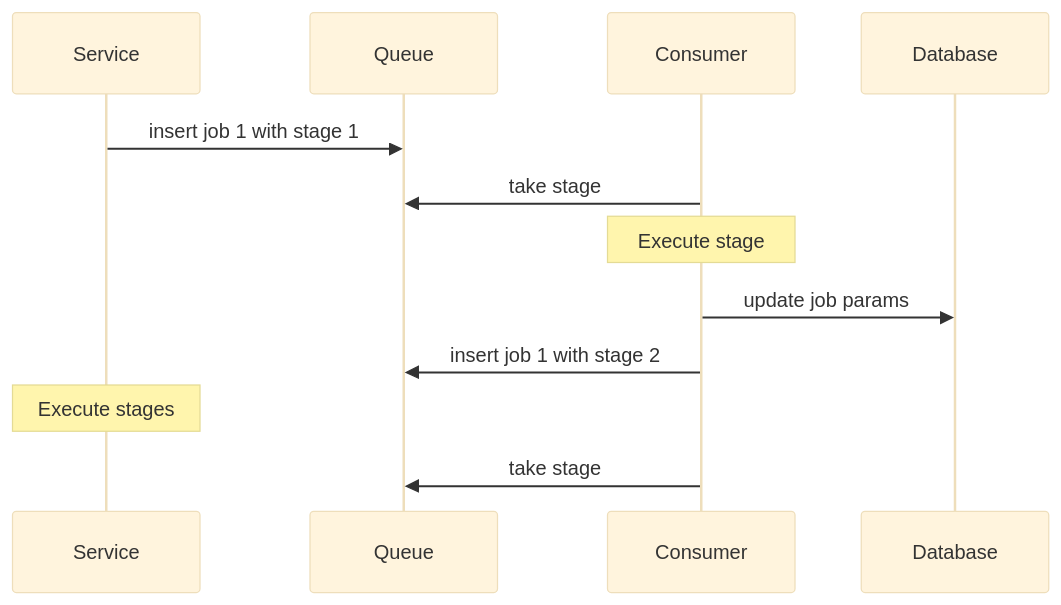
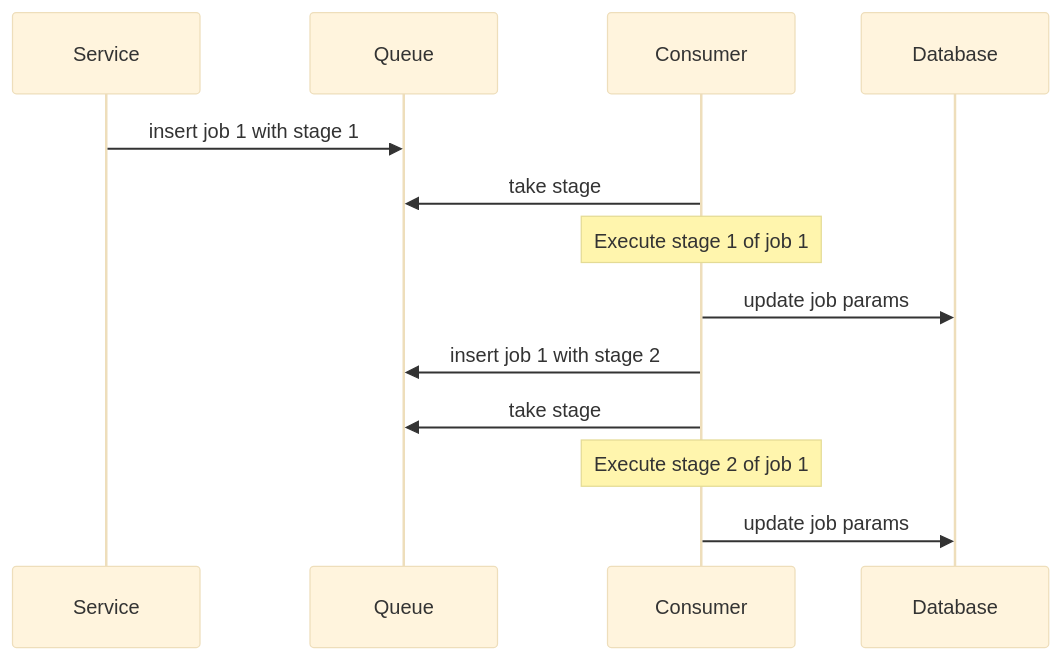
Before and after one commit to Jwostik/FastAPI: the third of 5 diagrams in pipeline.md, drawn with Mermaid (base theme). The commit also changed other lines of this file, not shown here.

````diff
--- a/pipeline.md
+++ b/pipeline.md
@@ -74,14 +76,15 @@
 ```mermaid
 sequenceDiagram
     participant S as Service
     participant Q as Queue
     participant C as Consumer
     participant D as Database
     S->>Q: insert job 1 with stage 1
     C->>Q: take stage
-    Note over C: Execute stage
+    Note over C: Execute stage 1 of job 1
     C->>D: update job params
     C->>Q: insert job 1 with stage 2
-    Note over S: Execute stages
     C->>Q: take stage
+    Note over C: Execute stage 2 of job 1
+    C->>D: update job params
 ```
````
